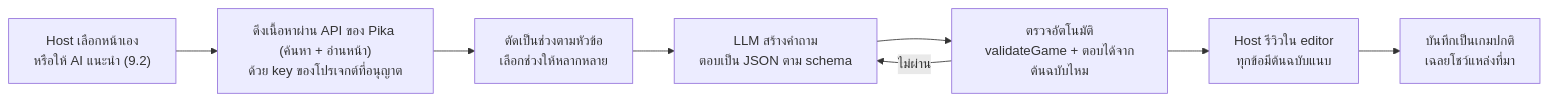
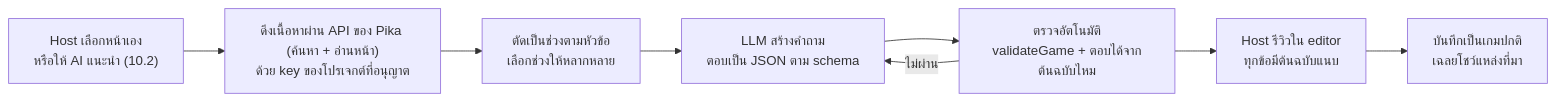
One commit to sakanarm/IcebreakerArena changed the first of 3 diagrams in docs/ROADMAP.md. Above: the diagram before and after it, drawn with Mermaid. The commit also changed other lines of this file and 31 other files, not shown here.

````diff
--- a/docs/ROADMAP.md
+++ b/docs/ROADMAP.md
@@ -284,10 +401,10 @@
 ```mermaid
 flowchart LR
-  A["Host เลือกหน้าเอง<br/>หรือให้ AI แนะนำ (9.2)"] --> B["ดึงเนื้อหาผ่าน API ของ Pika (ค้นหา + อ่านหน้า)<br/>ด้วย key ของโปรเจกต์ที่อนุญาต"]
+  A["Host เลือกหน้าเอง<br/>หรือให้ AI แนะนำ (10.2)"] --> B["ดึงเนื้อหาผ่าน API ของ Pika (ค้นหา + อ่านหน้า)<br/>ด้วย key ของโปรเจกต์ที่อนุญาต"]
   B --> C["ตัดเป็นช่วงตามหัวข้อ<br/>เลือกช่วงให้หลากหลาย"]
   C --> D["LLM สร้างคำถาม<br/>ตอบเป็น JSON ตาม schema"]
   D --> E["ตรวจอัตโนมัติ<br/>validateGame + ตอบได้จากต้นฉบับไหม"]
   E -- "ไม่ผ่าน" --> D
   E --> F["Host รีวิวใน editor<br/>ทุกข้อมีต้นฉบับแนบ"]
   F --> G["บันทึกเป็นเกมปกติ<br/>เฉลยโชว์แหล่งที่มา"]
 ```
````
